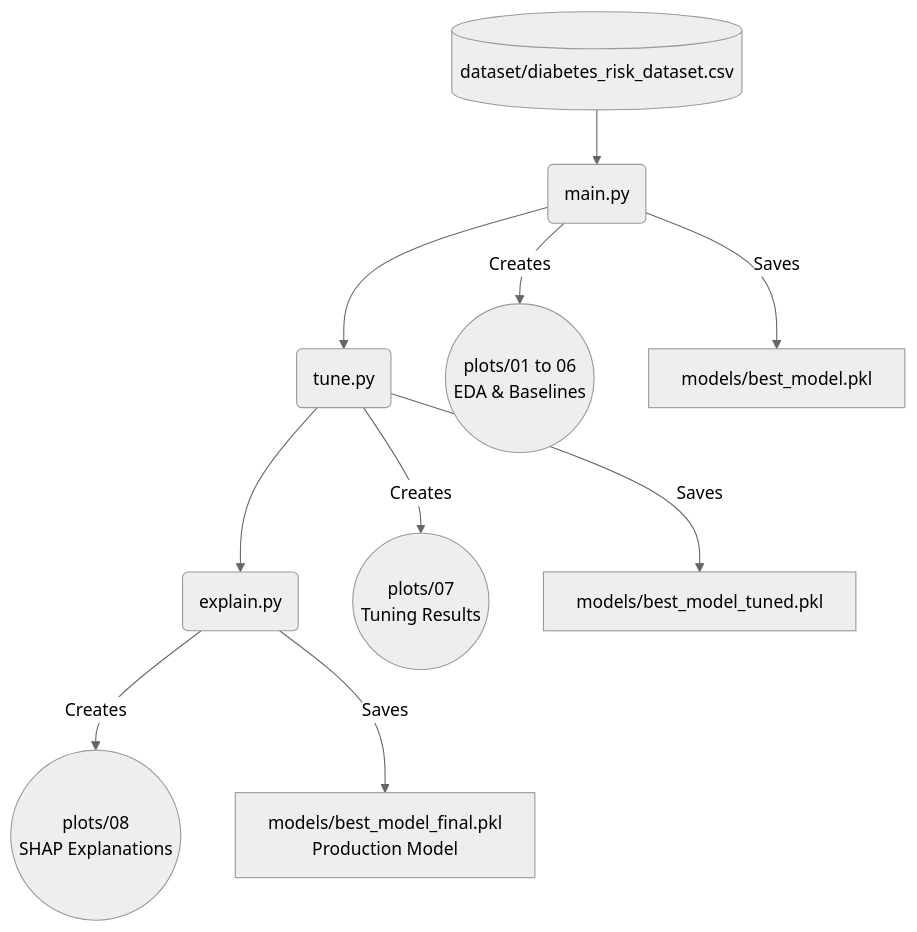
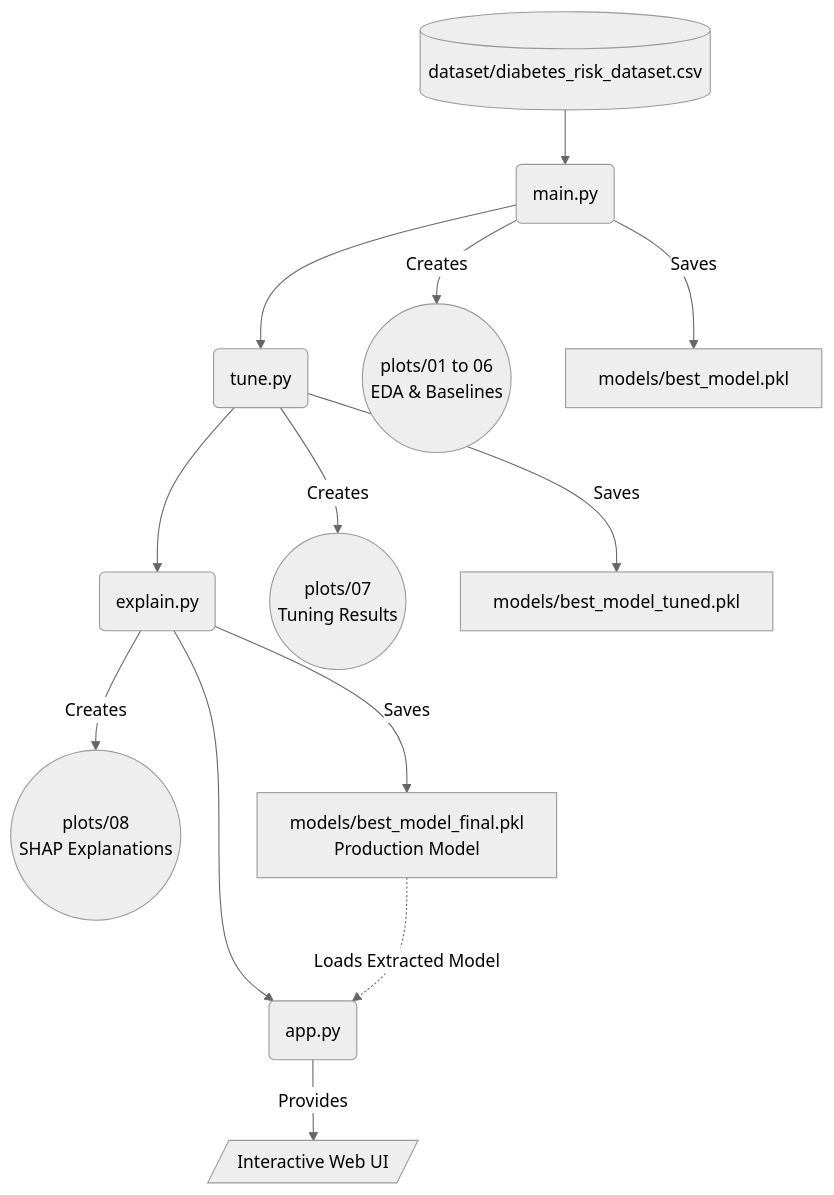
Before and after one commit to igmoiiz/Diabetes-Risk-Prediction: the diagram in README.md, drawn with Mermaid (neutral theme). The commit also changed other lines of this file and 1 other file, not shown here.

Commit message:
update: Streamlit file added for quick frontend launch and model evaluation in real time with human entered data - Moiz Baloch

````diff
--- a/README.md
+++ b/README.md
@@ -24,15 +24,19 @@
 ```mermaid
 graph TD
     A[(dataset/diabetes_risk_dataset.csv)] --> B(main.py)
     B --> C(tune.py)
     C --> D(explain.py)
+    D --> E(app.py)
     
     B -- Creates --> P1((plots/01 to 06\nEDA & Baselines))
     B -- Saves --> M1[models/best_model.pkl]
     
     C -- Creates --> P2((plots/07\nTuning Results))
     C -- Saves --> M2[models/best_model_tuned.pkl]
     
     D -- Creates --> P3((plots/08\nSHAP Explanations))
     D -- Saves --> M3[models/best_model_final.pkl\nProduction Model]
+    
+    M3 -. Loads Extracted Model .-> E
+    E -- Provides --> UI[/Interactive Web UI/]
 ```
````
